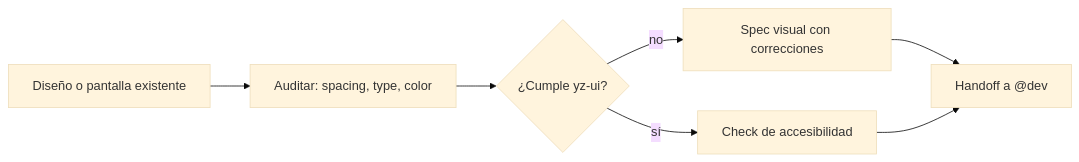
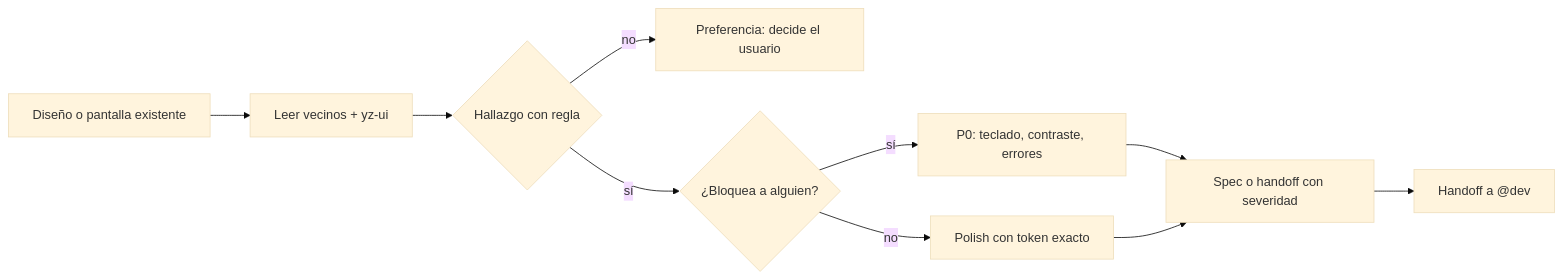
The diagram in docs/src/content/docs/agents/designer.mdx (YoizenSA/dev-ai-workflow), drawn with Mermaid (base theme) before and after one commit. The commit also changed other lines of this file and 14 other files, not shown here.

````diff
--- a/docs/src/content/docs/agents/designer.mdx
+++ b/docs/src/content/docs/agents/designer.mdx
@@ -19,9 +20,12 @@
 ```mermaid
 flowchart LR
-    A[Diseño o pantalla existente] --> B[Auditar: spacing, type, color]
-    B --> C{¿Cumple yz-ui?}
-    C -->|no| D[Spec visual con correcciones]
-    C -->|sí| E[Check de accesibilidad]
-    D --> F[Handoff a @dev]
-    E --> F
+    A[Diseño o pantalla existente] --> B[Leer vecinos + yz-ui]
+    B --> C{Hallazgo con regla}
+    C -->|no| D[Preferencia: decide el usuario]
+    C -->|sí| E{¿Bloquea a alguien?}
+    E -->|sí| F[P0: teclado, contraste, errores]
+    E -->|no| G[Polish con token exacto]
+    F --> H[Spec o handoff con severidad]
+    G --> H
+    H --> I[Handoff a @dev]
 ```
````
